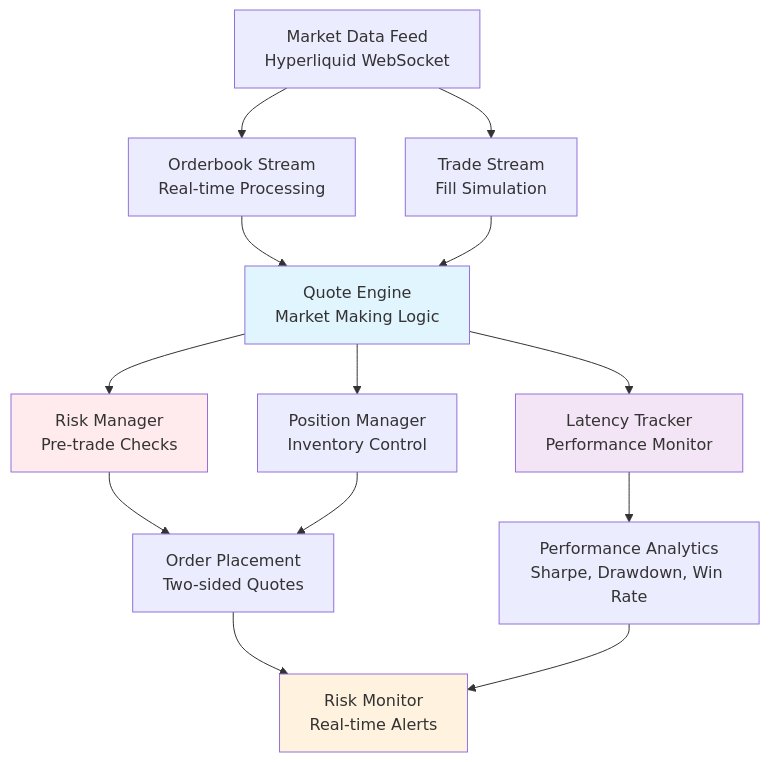
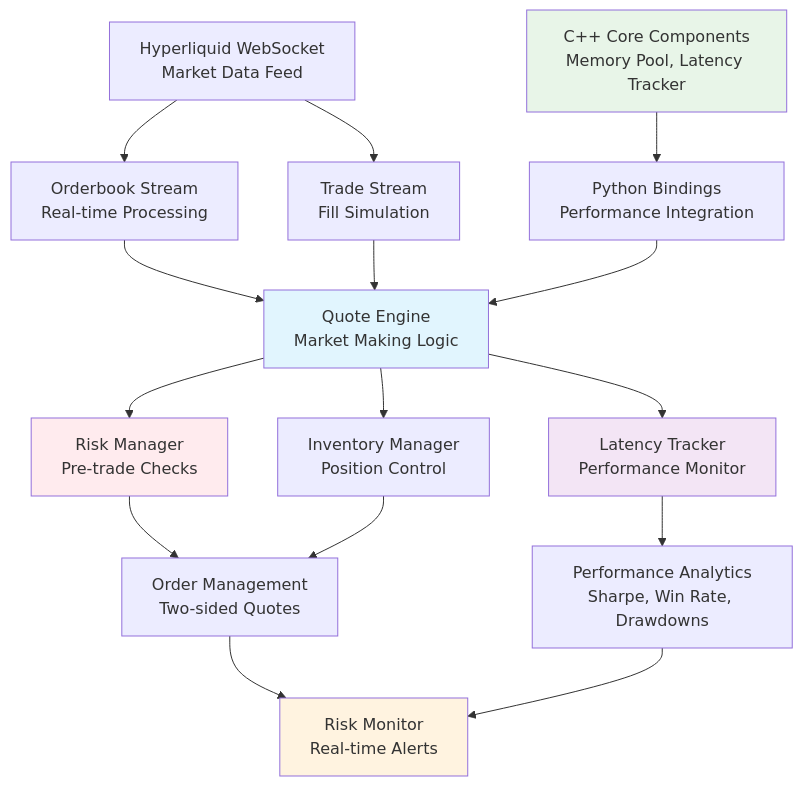
One commit to ethanbsung/HFT changed the diagram in README.md. Above: the diagram before and after it, drawn with Mermaid. The commit also changed other lines of this file and 1 other file, not shown here.

````diff
--- a/README.md
+++ b/README.md
@@ -23,24 +23,28 @@
 ```mermaid
 graph TB
-    A[Market Data Feed<br/>Hyperliquid WebSocket] --> B[Orderbook Stream<br/>Real-time Processing]
+    A[Hyperliquid WebSocket<br/>Market Data Feed] --> B[Orderbook Stream<br/>Real-time Processing]
     A --> C[Trade Stream<br/>Fill Simulation]
     
     B --> D[Quote Engine<br/>Market Making Logic]
     C --> D
     
     D --> E[Risk Manager<br/>Pre-trade Checks]
     D --> F[Latency Tracker<br/>Performance Monitor]
-    D --> G[Position Manager<br/>Inventory Control]
+    D --> G[Inventory Manager<br/>Position Control]
     
-    E --> H[Order Placement<br/>Two-sided Quotes]
-    F --> I[Performance Analytics<br/>Sharpe, Drawdown, Win Rate]
+    E --> H[Order Management<br/>Two-sided Quotes]
+    F --> I[Performance Analytics<br/>Sharpe, Win Rate, Drawdowns]
     G --> H
     
     H --> J[Risk Monitor<br/>Real-time Alerts]
     I --> J
     
+    K[C++ Core Components<br/>Memory Pool, Latency Tracker] --> L[Python Bindings<br/>Performance Integration]
+    L --> D
+    
     style D fill:#e1f5fe
     style E fill:#ffebee
     style F fill:#f3e5f5
     style J fill:#fff3e0
+    style K fill:#e8f5e8
 ```
````
